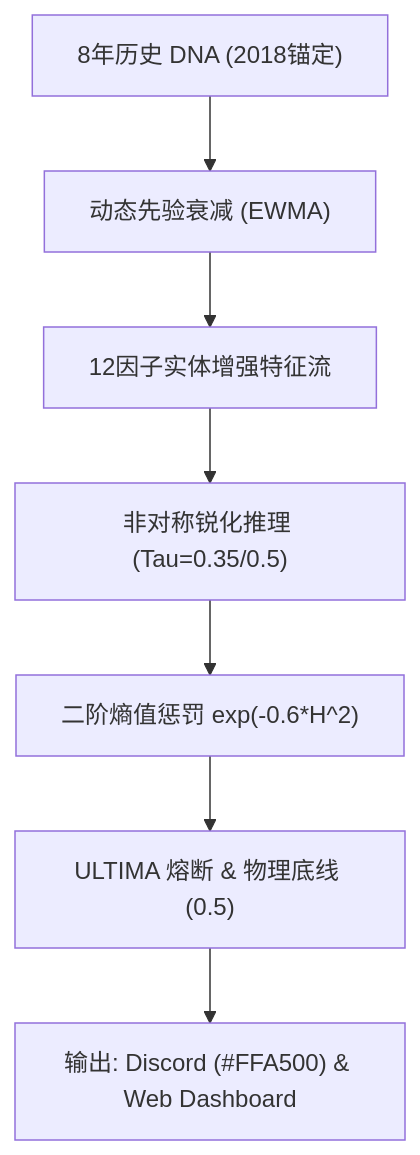
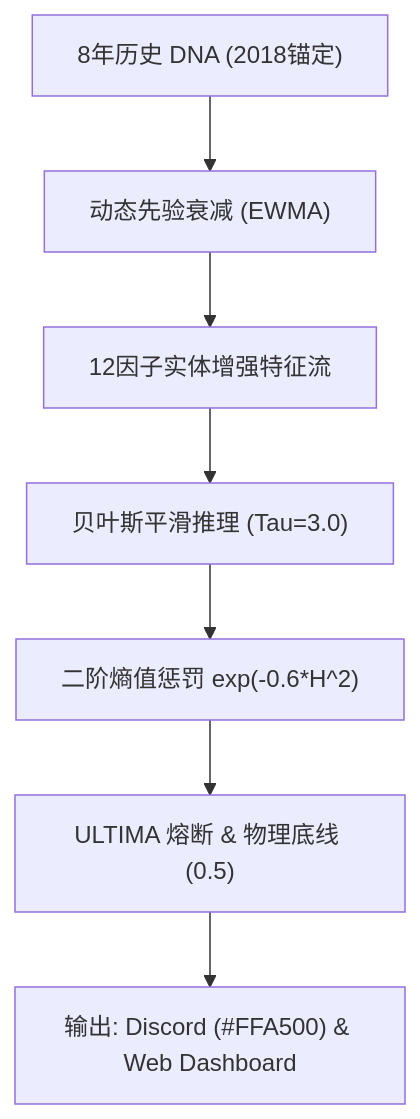
The diagram in docs/core/WIKI.md (yutaofr/qqq-buyer-monitor), drawn with Mermaid before and after one commit. The commit also changed 253 other files, not shown here.

````diff
--- a/docs/core/WIKI.md
+++ b/docs/core/WIKI.md
@@ -13,9 +13,9 @@
 ```mermaid
 graph TD
     A["8年历史 DNA (2018锚定)"] --> B["动态先验衰减 (EWMA)"]
     B --> C["12因子实体增强特征流"]
-    C --> D["非对称锐化推理 (Tau=0.35/0.5)"]
+    C --> D["贝叶斯平滑推理 (Tau=3.0)"]
     D --> E["二阶熵值惩罚 exp(-0.6*H^2)"]
     E --> F["ULTIMA 熔断 & 物理底线 (0.5)"]
     F --> G["输出: Discord (#FFA500) & Web Dashboard"]
 ```
````
